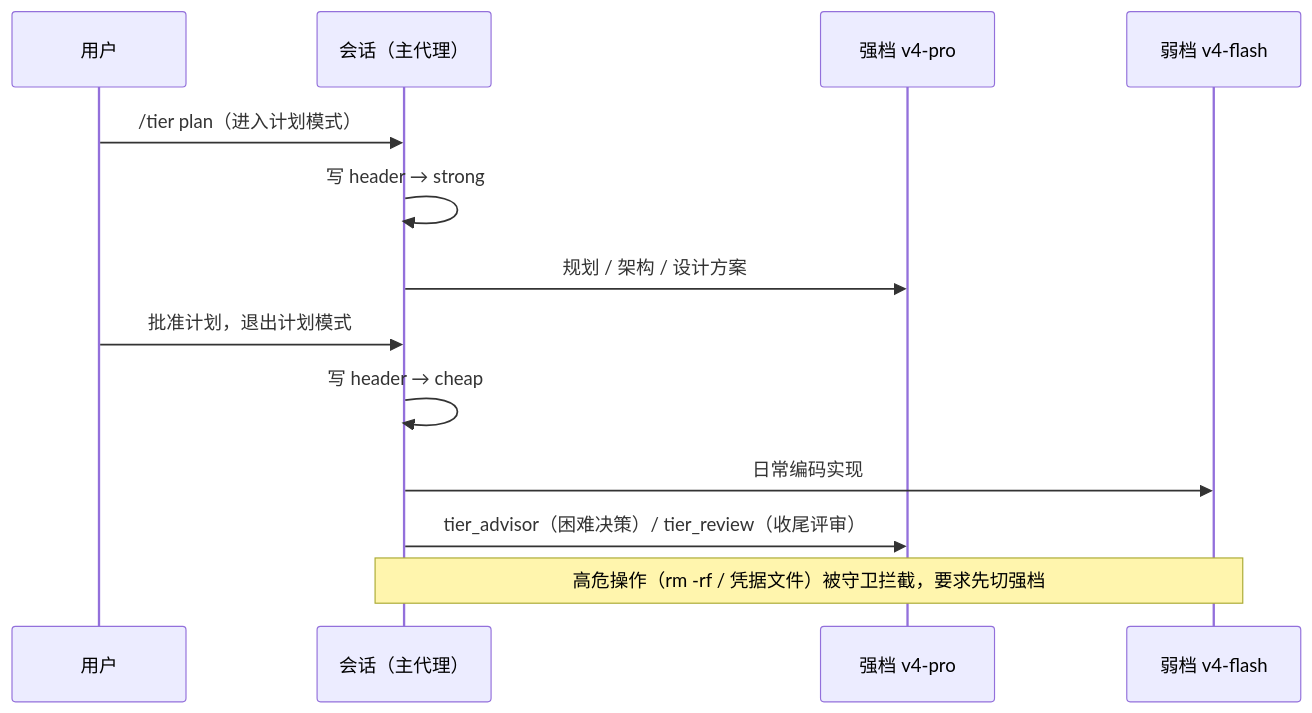
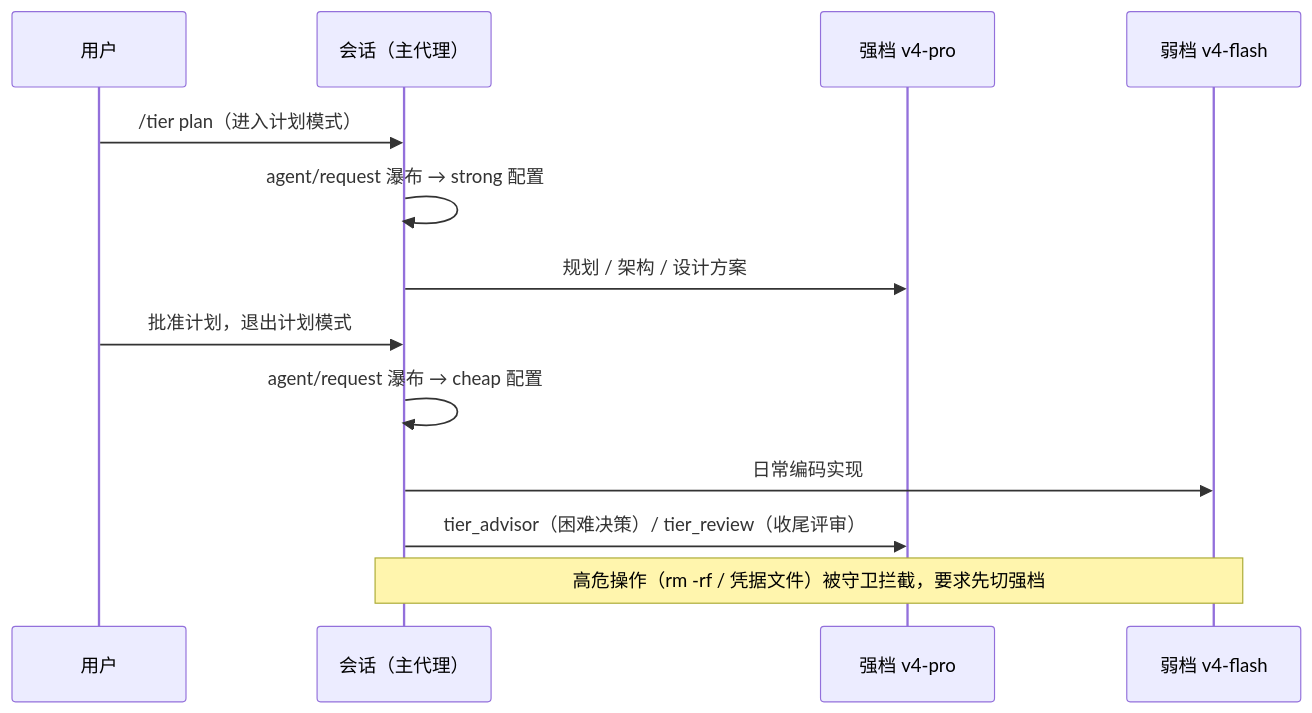
Before and after one commit to 20genesis14-sys/dsh-tier-orchestrator: the second of 2 diagrams in README.zh.md, drawn with Mermaid. The commit also changed other lines of this file and 2 other files, not shown here.

First line of the commit message:
docs: sync README/ARCHITECTURE with v0.10.1 behavior

````diff
--- a/README.zh.md
+++ b/README.zh.md
@@ -37,15 +38,15 @@
 ```mermaid
 sequenceDiagram
     participant U as 用户
     participant S as 会话（主代理）
     participant A as 强档 v4-pro
     participant C as 弱档 v4-flash
     U->>S: /tier plan（进入计划模式）
-    S->>S: 写 header → strong
+    S->>S: agent/request 瀑布 → strong 配置
     S->>A: 规划 / 架构 / 设计方案
     U->>S: 批准计划，退出计划模式
-    S->>S: 写 header → cheap
+    S->>S: agent/request 瀑布 → cheap 配置
     S->>C: 日常编码实现
     S->>A: tier_advisor（困难决策）/ tier_review（收尾评审）
     Note over S,C: 高危操作（rm -rf / 凭据文件）被守卫拦截，要求先切强档
 ```
````
